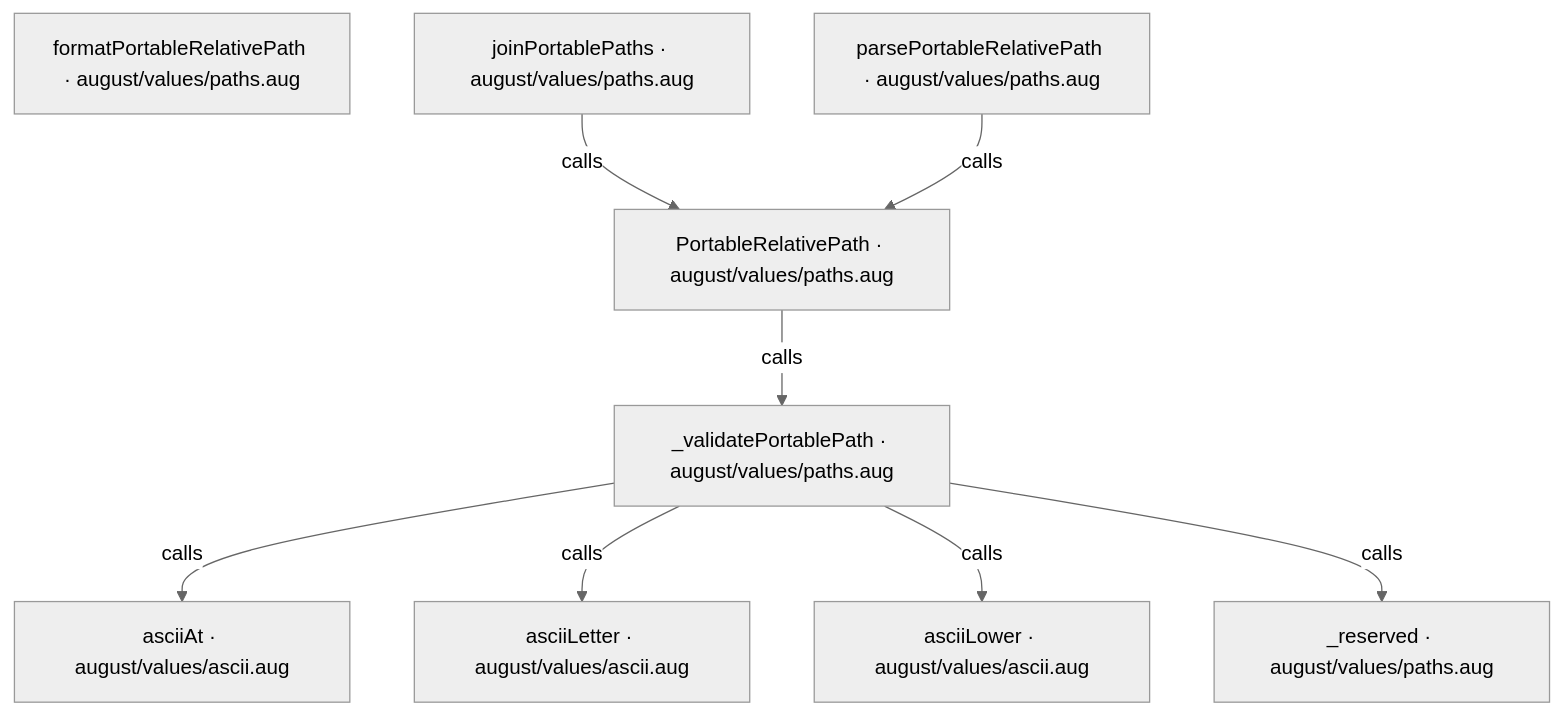
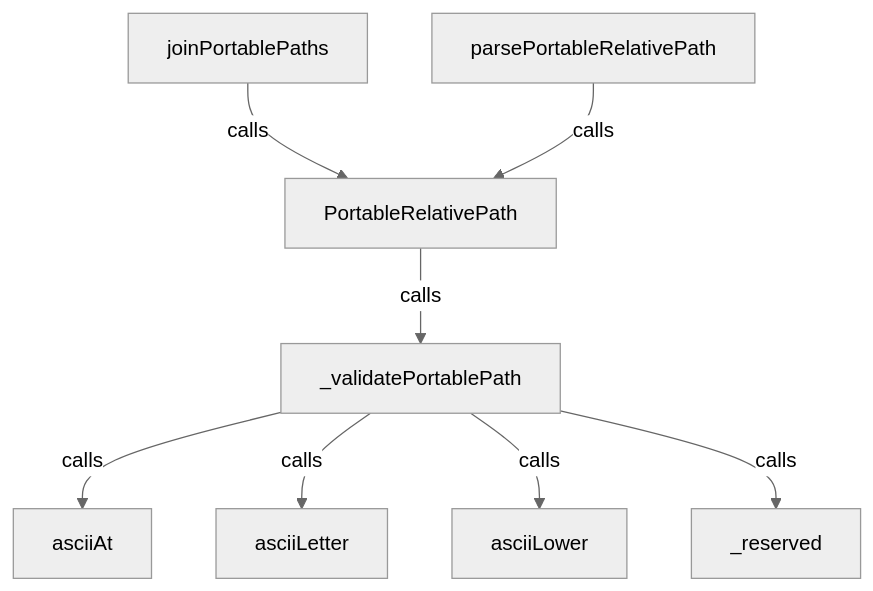
Before and after one commit to GreenPandaStudios/augscript: the second of 8 diagrams in src/stdlib/values/paths.aug.diagrams.md, drawn with Mermaid (neutral theme). The commit also changed other lines of this file and 524 other files, not shown here.

Commit message:
Explain checked data flow at folder and service levels

````diff
--- a/src/stdlib/values/paths.aug.diagrams.md
+++ b/src/stdlib/values/paths.aug.diagrams.md
@@ -30,19 +27,18 @@
 ```mermaid
 flowchart TD
-    n0["asciiAt · august/values/ascii.aug"]
-    n1["asciiLetter · august/values/ascii.aug"]
-    n2["asciiLower · august/values/ascii.aug"]
-    n3["PortableRelativePath · august/values/paths.aug"]
-    n4["_reserved · august/values/paths.aug"]
-    n5["_validatePortablePath · august/values/paths.aug"]
-    n6["formatPortableRelativePath · august/values/paths.aug"]
-    n7["joinPortablePaths · august/values/paths.aug"]
-    n8["parsePortableRelativePath · august/values/paths.aug"]
+    n0["asciiAt"]
+    n1["asciiLetter"]
+    n2["asciiLower"]
+    n3["PortableRelativePath"]
+    n4["_reserved"]
+    n5["_validatePortablePath"]
+    n6["joinPortablePaths"]
+    n7["parsePortableRelativePath"]
     n3 -->|"calls"| n5
     n5 -->|"calls"| n0
     n5 -->|"calls"| n1
     n5 -->|"calls"| n2
     n5 -->|"calls"| n4
+    n6 -->|"calls"| n3
     n7 -->|"calls"| n3
-    n8 -->|"calls"| n3
 ```
````
